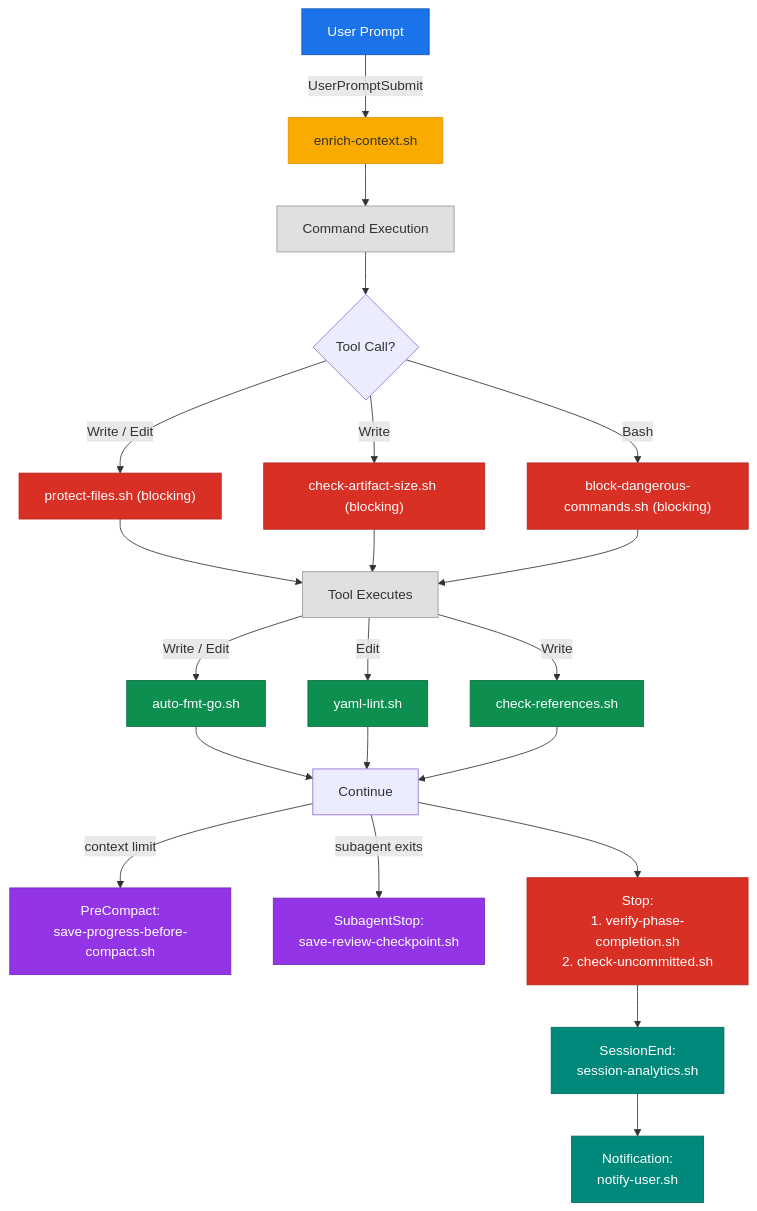
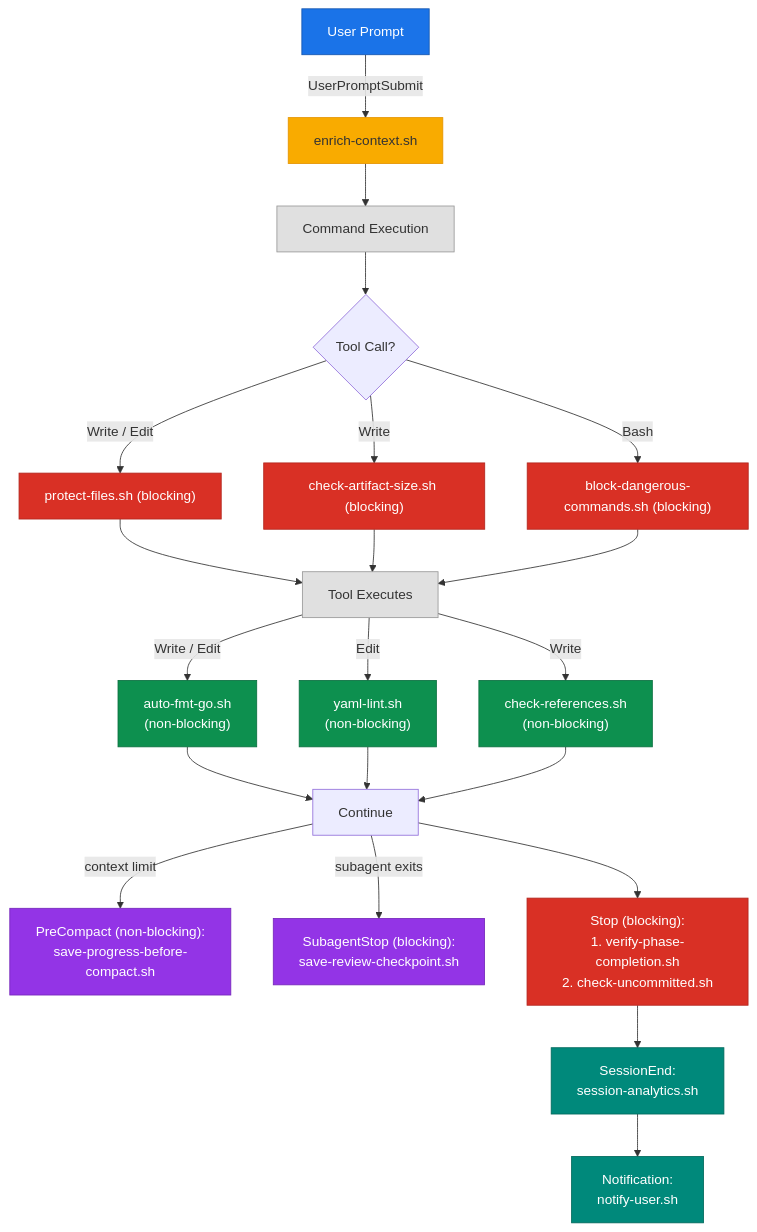
The sixth of 6 diagrams in README.md (hex0xdeadbeef/claude-kit), drawn with Mermaid before and after one commit. The commit also changed other lines of this file, not shown here.

Commit message:
Auto-sync 2026-03-10 00:09

````diff
--- a/README.md
+++ b/README.md
@@ -372,45 +379,45 @@
 ```mermaid
 flowchart TB
     UP["User Prompt"] -->|UserPromptSubmit| ENR["enrich-context.sh"]
     ENR --> CMD["Command Execution"]
 
     CMD --> TOOL{"Tool Call?"}
     TOOL -->|"Write / Edit"| PRE1["protect-files.sh (blocking)"]
     TOOL -->|Write| PRE2["check-artifact-size.sh (blocking)"]
     TOOL -->|Bash| PRE3["block-dangerous-commands.sh (blocking)"]
 
     PRE1 --> EXEC["Tool Executes"]
     PRE2 --> EXEC
     PRE3 --> EXEC
 
-    EXEC -->|"Write / Edit"| POST1["auto-fmt-go.sh"]
-    EXEC -->|Edit| POST2["yaml-lint.sh"]
-    EXEC -->|Write| POST3["check-references.sh"]
+    EXEC -->|"Write / Edit"| POST1["auto-fmt-go.sh<br/>(non-blocking)"]
+    EXEC -->|Edit| POST2["yaml-lint.sh<br/>(non-blocking)"]
+    EXEC -->|Write| POST3["check-references.sh<br/>(non-blocking)"]
 
     POST1 --> CONT["Continue"]
     POST2 --> CONT
     POST3 --> CONT
 
-    CONT -->|"context limit"| COMPACT["PreCompact:<br/>save-progress-before-compact.sh"]
-    CONT -->|"subagent exits"| SUBSTOP["SubagentStop:<br/>save-review-checkpoint.sh"]
-    CONT --> STOP["Stop:<br/>1. verify-phase-completion.sh<br/>2. check-uncommitted.sh"]
+    CONT -->|"context limit"| COMPACT["PreCompact (non-blocking):<br/>save-progress-before-compact.sh"]
+    CONT -->|"subagent exits"| SUBSTOP["SubagentStop (blocking):<br/>save-review-checkpoint.sh"]
+    CONT --> STOP["Stop (blocking):<br/>1. verify-phase-completion.sh<br/>2. check-uncommitted.sh"]
 
     STOP --> SESS["SessionEnd:<br/>session-analytics.sh"]
     SESS --> NOTIFY["Notification:<br/>notify-user.sh"]
 
     style UP fill:#1a73e8,color:#fff,stroke:#1557b0
     style ENR fill:#f9ab00,color:#333,stroke:#e69500
     style CMD fill:#e0e0e0,color:#333,stroke:#999
     style PRE1 fill:#d93025,color:#fff,stroke:#b3261e
     style PRE2 fill:#d93025,color:#fff,stroke:#b3261e
     style PRE3 fill:#d93025,color:#fff,stroke:#b3261e
     style EXEC fill:#e0e0e0,color:#333,stroke:#999
     style POST1 fill:#0d904f,color:#fff,stroke:#0a7040
     style POST2 fill:#0d904f,color:#fff,stroke:#0a7040
     style POST3 fill:#0d904f,color:#fff,stroke:#0a7040
     style COMPACT fill:#9334e6,color:#fff,stroke:#7627bb
     style SUBSTOP fill:#9334e6,color:#fff,stroke:#7627bb
     style STOP fill:#d93025,color:#fff,stroke:#b3261e
     style SESS fill:#00897b,color:#fff,stroke:#00695c
     style NOTIFY fill:#00897b,color:#fff,stroke:#00695c
 ```
````
